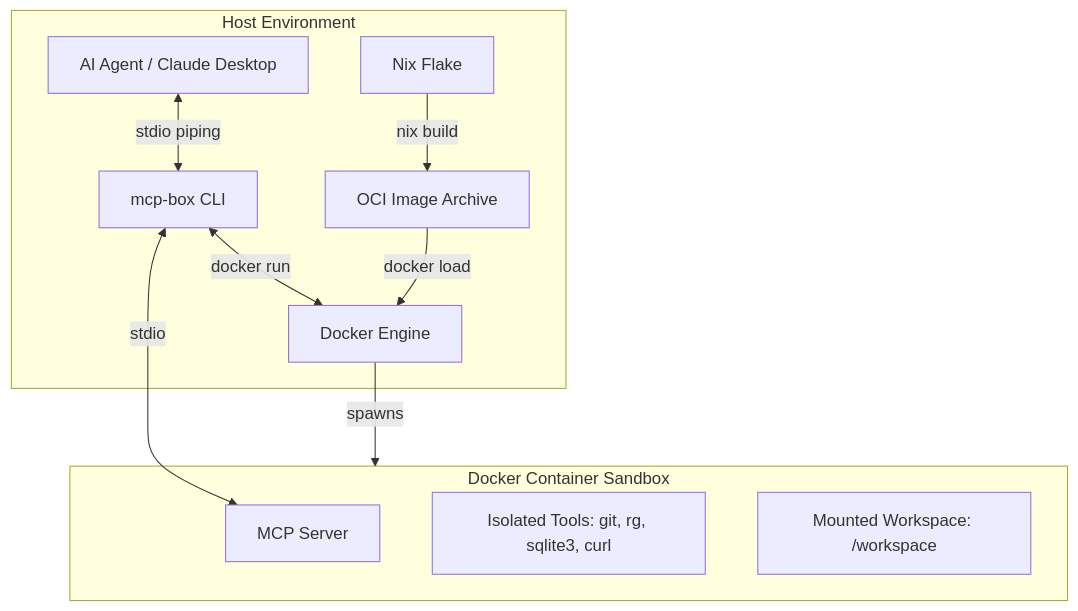
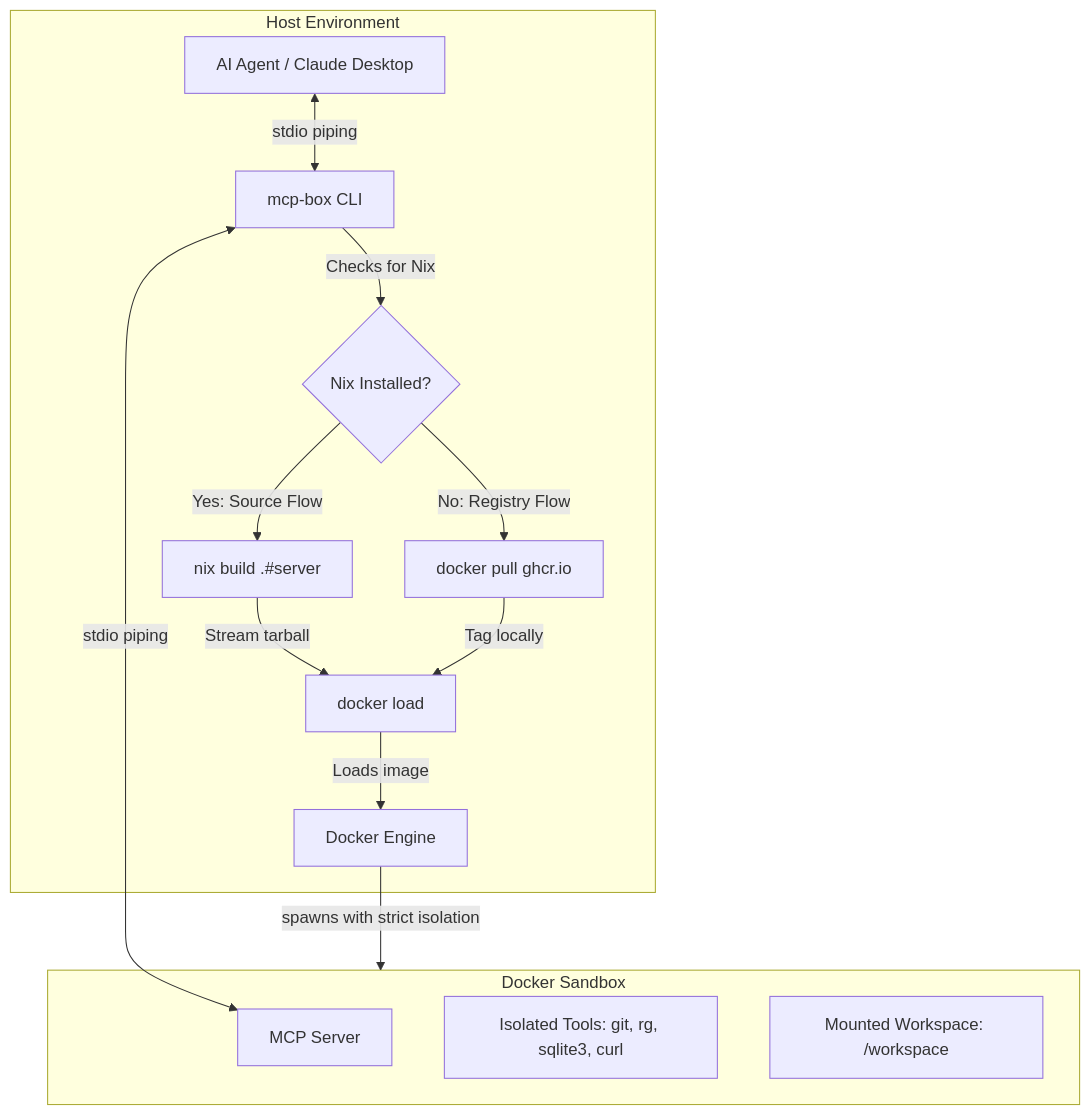
The diagram in README.md (lowcache/mcp-box), drawn with Mermaid before and after one commit.

Commit message:
update README.md architecture diagram to represent Nix-free autonomous flow

````diff
--- a/README.md
+++ b/README.md
@@ -28,16 +28,24 @@
 ```mermaid
 graph TD
     subgraph Host [Host Environment]
         Agent[AI Agent / Claude Desktop] <-->|stdio piping| CLI[mcp-box CLI]
-        CLI <-->|docker run| Docker[Docker Engine]
-        Nix[Nix Flake] -->|nix build| OCI[OCI Image Archive]
-        OCI -->|docker load| Docker
+        CLI -->|Checks for Nix| NixDetect{Nix Installed?}
+        
+        NixDetect -->|Yes: Source Flow| NixBuild[nix build .#server]
+        NixBuild -->|Stream tarball| DockerLoad[docker load]
+        
+        NixDetect -->|No: Registry Flow| DockerPull[docker pull ghcr.io]
+        DockerPull -->|Tag locally| DockerLoad
+        
+        DockerLoad -->|Loads image| Docker[Docker Engine]
     end
-    subgraph Sandbox [Docker Container Sandbox]
+    
+    subgraph Sandbox [Docker Sandbox]
         Server[MCP Server]
         Tools[Isolated Tools: git, rg, sqlite3, curl]
         Workspace[Mounted Workspace: /workspace]
     end
-    Docker -->|spawns| Sandbox
-    CLI <-->|stdio| Server
+    
+    Docker -->|spawns with strict isolation| Sandbox
+    CLI <-->|stdio piping| Server
 ```
````
